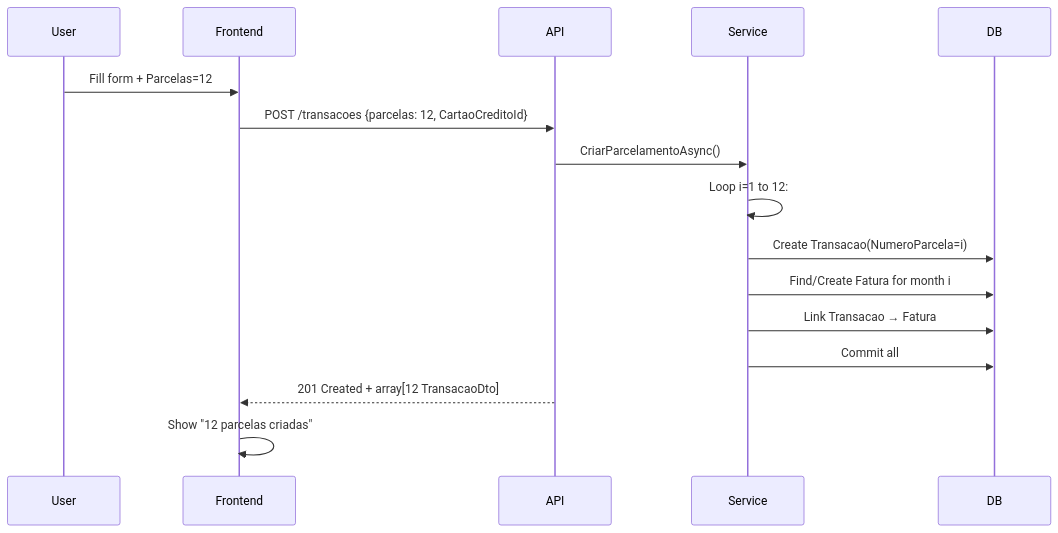
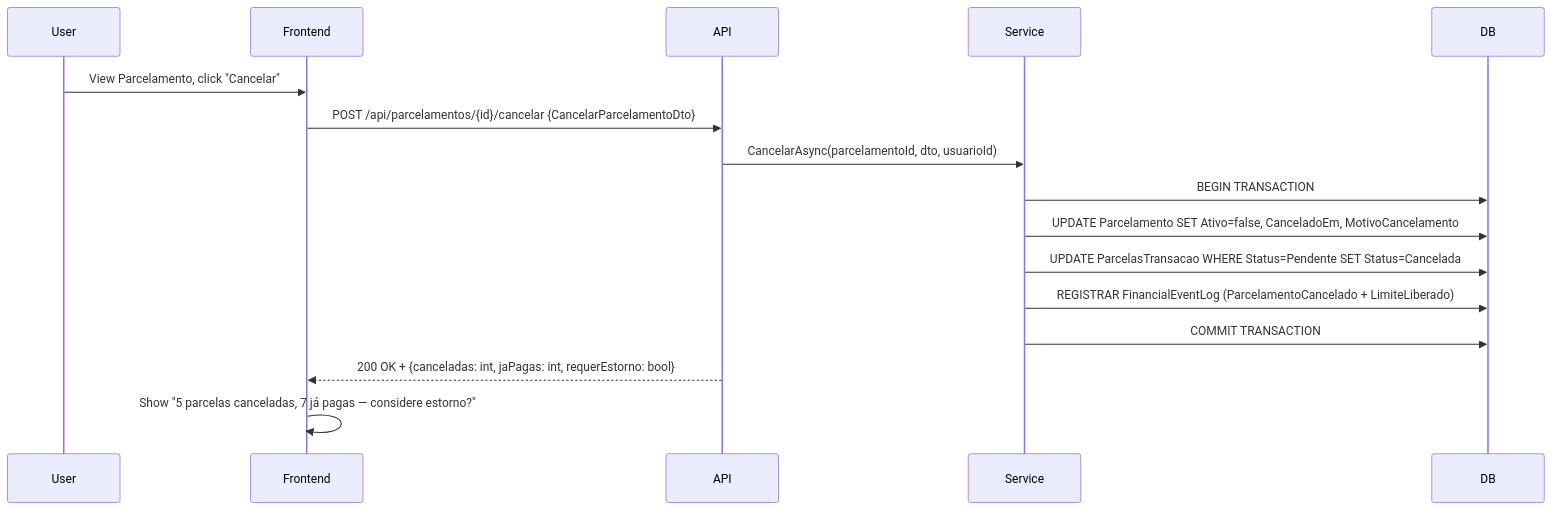
One commit to GustavoPontess/controle-financeiro changed the fifth of 10 diagrams in docs/FLOWS.md. Above: the diagram before and after it, drawn with Mermaid. The commit also changed other lines of this file and 4 other files, not shown here.

Commit message:
docs(parcelamento): atualizar DATABASE/FLOWS/STANDARDS com ETAPA 2-12 + marcar #1 resolvido

````diff
--- a/docs/FLOWS.md
+++ b/docs/FLOWS.md
@@ -57,13 +112,13 @@
 ```mermaid
 sequenceDiagram
-    User->>Frontend: Fill form + Parcelas=12
-    Frontend->>API: POST /transacoes {parcelas: 12, CartaoCreditoId}
-    API->>Service: CriarParcelamentoAsync()
-    Service->>Service: Loop i=1 to 12:
-    Service->>DB: Create Transacao(NumeroParcela=i)
-    Service->>DB: Find/Create Fatura for month i
-    Service->>DB: Link Transacao → Fatura
-    Service->>DB: Commit all
-    API-->>Frontend: 201 Created + array[12 TransacaoDto]
-    Frontend->>Frontend: Show "12 parcelas criadas"
+    User->>Frontend: View Parcelamento, click "Cancelar"
+    Frontend->>API: POST /api/parcelamentos/{id}/cancelar {CancelarParcelamentoDto}
+    API->>Service: CancelarAsync(parcelamentoId, dto, usuarioId)
+    Service->>DB: BEGIN TRANSACTION
+    Service->>DB: UPDATE Parcelamento SET Ativo=false, CanceladoEm, MotivoCancelamento
+    Service->>DB: UPDATE ParcelasTransacao WHERE Status=Pendente SET Status=Cancelada
+    Service->>DB: REGISTRAR FinancialEventLog (ParcelamentoCancelado + LimiteLiberado)
+    Service->>DB: COMMIT TRANSACTION
+    API-->>Frontend: 200 OK + {canceladas: int, jaPagas: int, requerEstorno: bool}
+    Frontend->>Frontend: Show "5 parcelas canceladas, 7 já pagas — considere estorno?"
 ```
````
